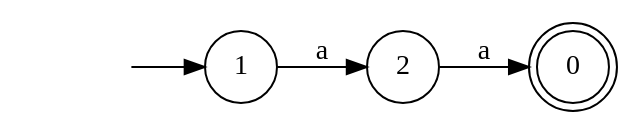
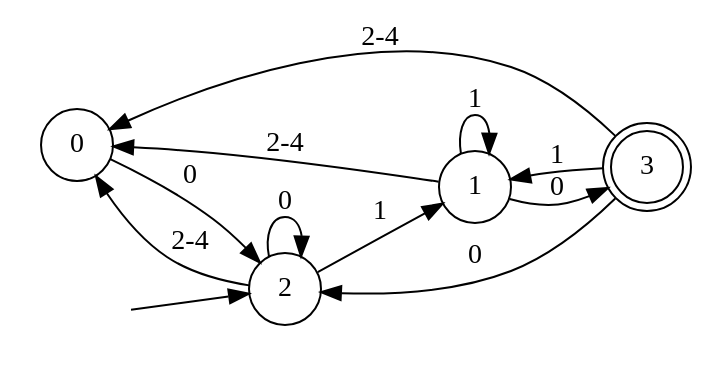
One commit to Faymiaouent/Automa4U changed the diagram in dotfiles/DFA14.dot. Above: the diagram before and after it, drawn with Graphviz. The commit also changed 44 other files, not shown here.

```diff
--- a/dotfiles/DFA14.dot
+++ b/dotfiles/DFA14.dot
@@ -1,10 +1,19 @@
 digraph Automaton {
   rankdir = LR;
-0 [shape=doublecircle]; 
+node [shape=circle];
+  0 -> 2 [label="0"];
+node [shape=circle];
+  1 -> 0 [label="2-4"];
+  1 -> 3 [label="0"];
+  1 -> 1 [label="1"];
 node [shape=circle];
   initial [shape=plaintext,label=""];
-  initial -> 1
-  1 -> 2 [label="a"];
-node [shape=circle];
-  2 -> 0 [label="a"];
+  initial -> 2
+  2 -> 0 [label="2-4"];
+  2 -> 2 [label="0"];
+  2 -> 1 [label="1"];
+3 [shape=doublecircle]; 
+  3 -> 0 [label="2-4"];
+  3 -> 2 [label="0"];
+  3 -> 1 [label="1"];
 }
```
